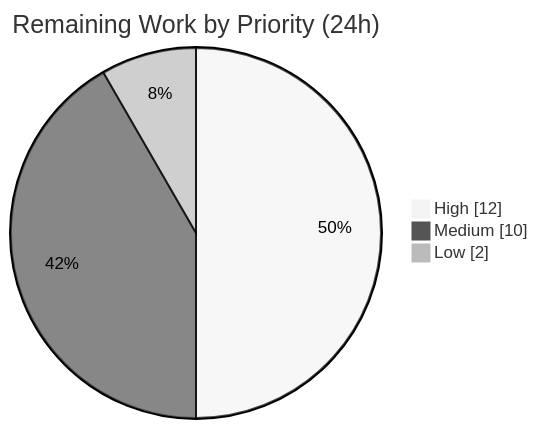
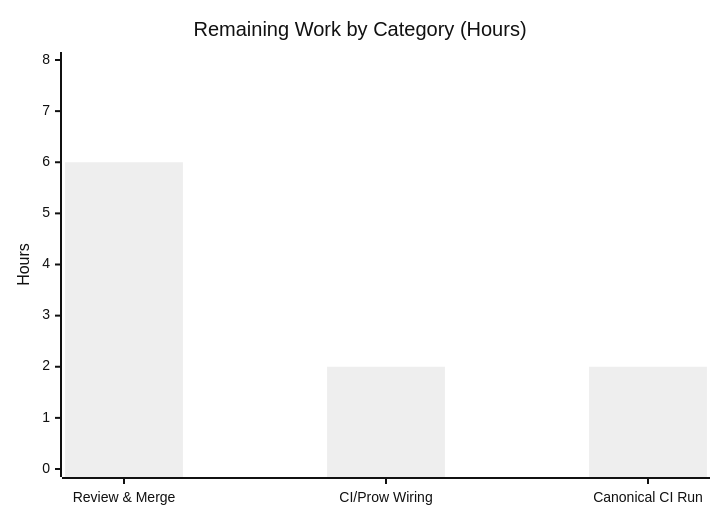
Before and after one commit to blitzy-public-samples/blitzy-kubernetes: the third of 4 diagrams in blitzy/documentation/Project Guide.md, drawn with Mermaid (neutral theme). The commit also changed other lines of this file, not shown here.

Commit message:
Adding Blitzy Project Guide: Project Status and Human Tasks Remaining

````diff
--- a/blitzy/documentation/Project Guide.md
+++ b/blitzy/documentation/Project Guide.md
@@ -207,6 +217,7 @@
 ```mermaid
-pie showData title Remaining Work by Priority (24h)
-    "High" : 12
-    "Medium" : 10
-    "Low" : 2
+xychart-beta
+    title "Remaining Work by Category (Hours)"
+    x-axis ["Review & Merge", "CI/Prow Wiring", "Canonical CI Run"]
+    y-axis "Hours" 0 --> 8
+    bar [6, 2, 2]
 ```
````
